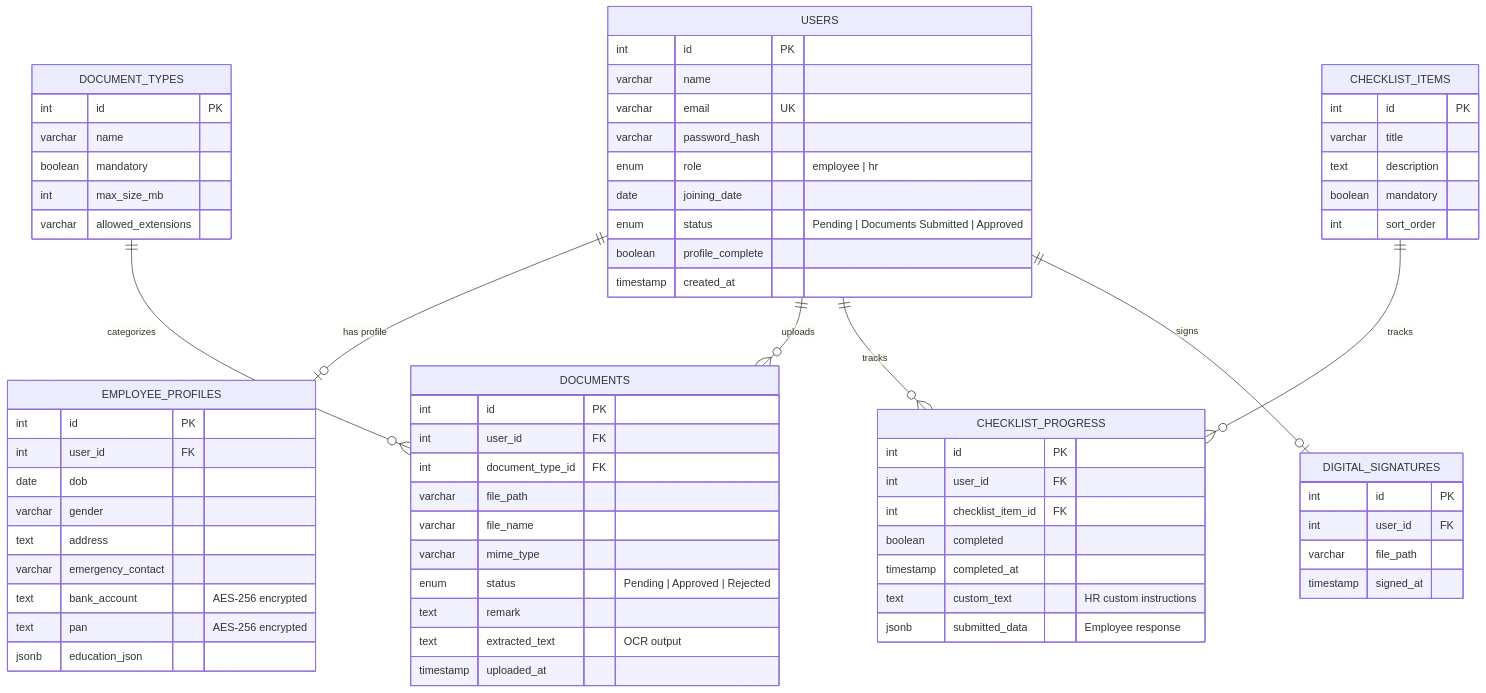
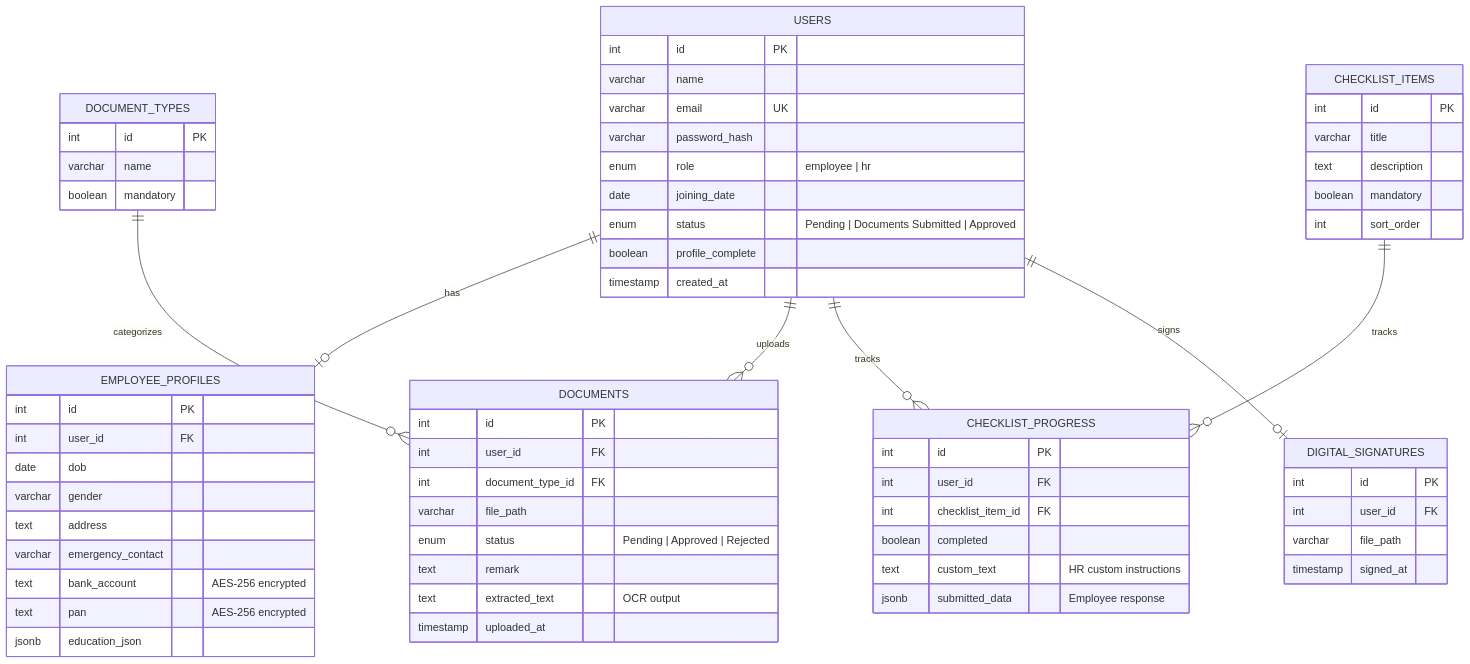
One commit to avinashmaharoliya/onobarding_platform changed the second of 2 diagrams in README.md. Above: the diagram before and after it, drawn with Mermaid. The commit also changed other lines of this file, not shown here.

Commit message:
docs: complete README with setup guide, API reference, ER diagram, Render deploy steps

````diff
--- a/README.md
+++ b/README.md
@@ -318,79 +373,68 @@
 ```mermaid
 erDiagram
-    USERS ||--o| EMPLOYEE_PROFILES : "has profile"
+    USERS ||--o| EMPLOYEE_PROFILES : "has"
     USERS ||--o{ DOCUMENTS : "uploads"
     USERS ||--o{ CHECKLIST_PROGRESS : "tracks"
     USERS ||--o| DIGITAL_SIGNATURES : "signs"
     DOCUMENT_TYPES ||--o{ DOCUMENTS : "categorizes"
     CHECKLIST_ITEMS ||--o{ CHECKLIST_PROGRESS : "tracks"
 
     USERS {
         int id PK
         varchar name
         varchar email UK
         varchar password_hash
         enum role "employee | hr"
         date joining_date
         enum status "Pending | Documents Submitted | Approved"
         boolean profile_complete
         timestamp created_at
     }
-
     EMPLOYEE_PROFILES {
         int id PK
         int user_id FK
         date dob
         varchar gender
         text address
         varchar emergency_contact
         text bank_account "AES-256 encrypted"
         text pan "AES-256 encrypted"
         jsonb education_json
     }
-
     DOCUMENTS {
         int id PK
         int user_id FK
         int document_type_id FK
         varchar file_path
-        varchar file_name
-        varchar mime_type
         enum status "Pending | Approved | Rejected"
         text remark
         text extracted_text "OCR output"
         timestamp uploaded_at
     }
-
     DOCUMENT_TYPES {
         int id PK
         varchar name
         boolean mandatory
-        int max_size_mb
-        varchar allowed_extensions
     }
-
     CHECKLIST_ITEMS {
         int id PK
         varchar title
         text description
         boolean mandatory
         int sort_order
     }
-
     CHECKLIST_PROGRESS {
         int id PK
         int user_id FK
         int checklist_item_id FK
         boolean completed
-        timestamp completed_at
         text custom_text "HR custom instructions"
         jsonb submitted_data "Employee response"
     }
-
     DIGITAL_SIGNATURES {
         int id PK
         int user_id FK
         varchar file_path
         timestamp signed_at
     }
 ```
````
